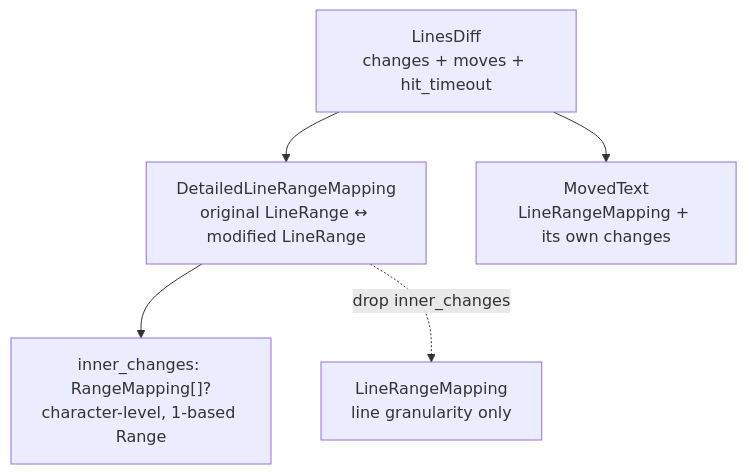
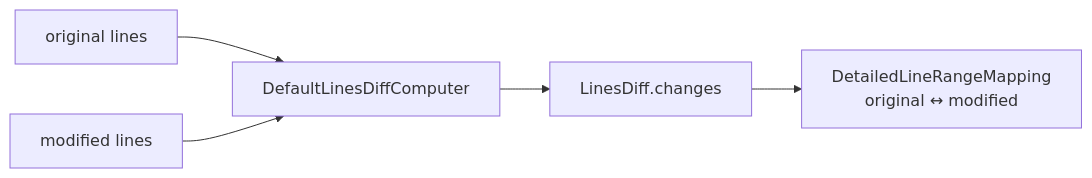
One commit to moonbitlang/editor changed the diagram in viewer/common/diff/README.mbt.md. Above: the diagram before and after it, drawn with Mermaid. The commit also changed other lines of this file and 270 other files, not shown here.

````diff
--- a/viewer/common/diff/README.mbt.md
+++ b/viewer/common/diff/README.mbt.md
@@ -12,8 +9,7 @@
 ```mermaid
-flowchart TB
-  LD["LinesDiff<br>changes + moves + hit_timeout"]
-  LD --> DM["DetailedLineRangeMapping<br>original LineRange ↔ modified LineRange"]
-  DM --> IC["inner_changes: RangeMapping[]?<br>character-level, 1-based Range"]
-  LD --> MV["MovedText<br>LineRangeMapping + its own changes"]
-  DM -.->|"drop inner_changes"| LM["LineRangeMapping<br>line granularity only"]
+flowchart LR
+  O["original lines"] --> C["DefaultLinesDiffComputer"]
+  M["modified lines"] --> C
+  C --> R["LinesDiff.changes"]
+  R --> D["DetailedLineRangeMapping<br>original ↔ modified"]
 ```
````
